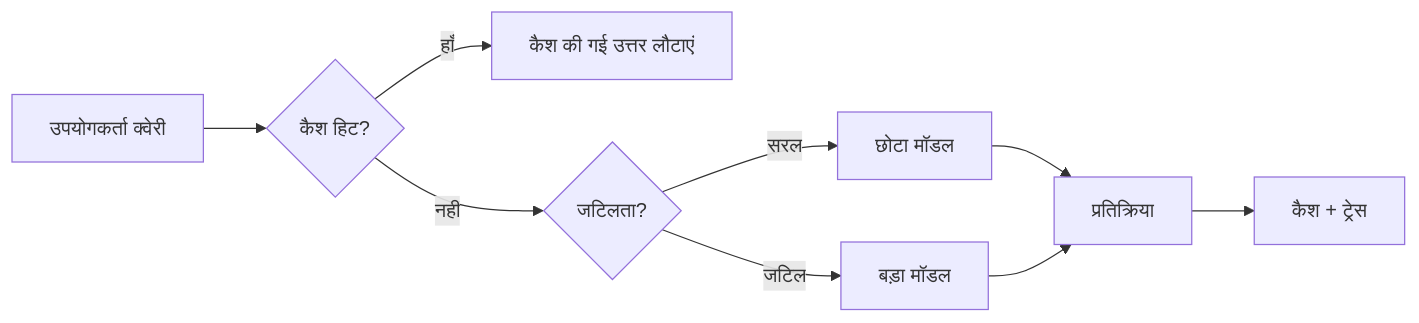
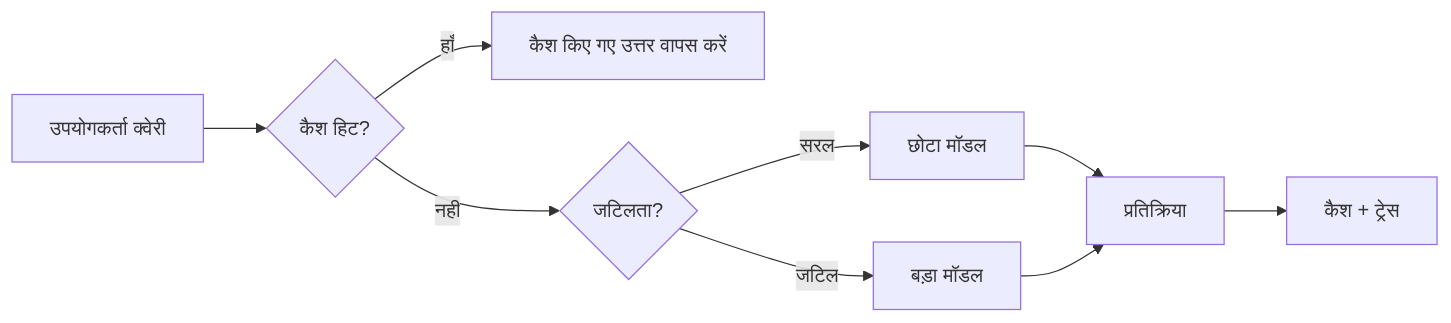
One commit to gabrielmoreira/agent-skills-mirror changed the third of 4 diagrams in mirrors/repos/microsoft@ai-agents-for-beginners/translations/hi/16-deploying-scalable-agents/README.md. Above: the diagram before and after it, drawn with Mermaid. The commit also changed other lines of this file and 3581 other files, not shown here.

````diff
--- a/mirrors/repos/microsoft@ai-agents-for-beginners/translations/hi/16-deploying-scalable-agents/README.md
+++ b/mirrors/repos/microsoft@ai-agents-for-beginners/translations/hi/16-deploying-scalable-agents/README.md
@@ -134,11 +134,11 @@
 ```mermaid
 flowchart LR
     Q[उपयोगकर्ता क्वेरी] --> C{कैश हिट?}
-    C -->|हाँ| R[कैश की गई उत्तर लौटाएं]
+    C -->|हाँ| R[कैश किए गए उत्तर वापस करें]
     C -->|नहीं| Router{जटिलता?}
     Router -->|सरल| SLM[छोटा मॉडल]
     Router -->|जटिल| LLM[बड़ा मॉडल]
     SLM --> Out[प्रतिक्रिया]
     LLM --> Out
     Out --> Store[कैश + ट्रेस]
 ```
````
